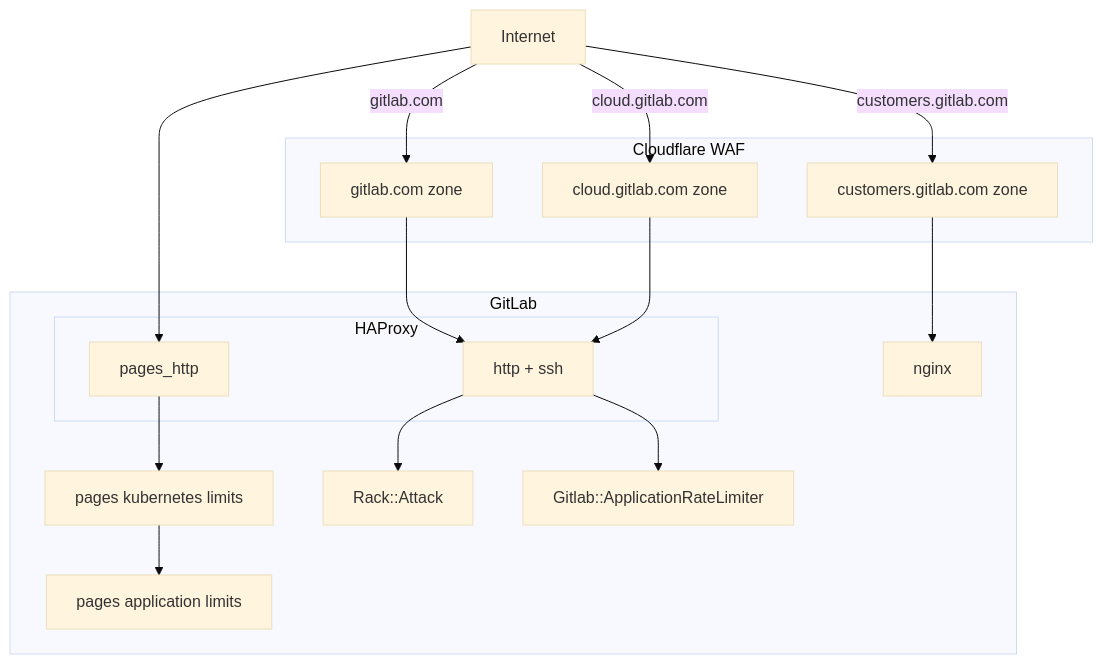
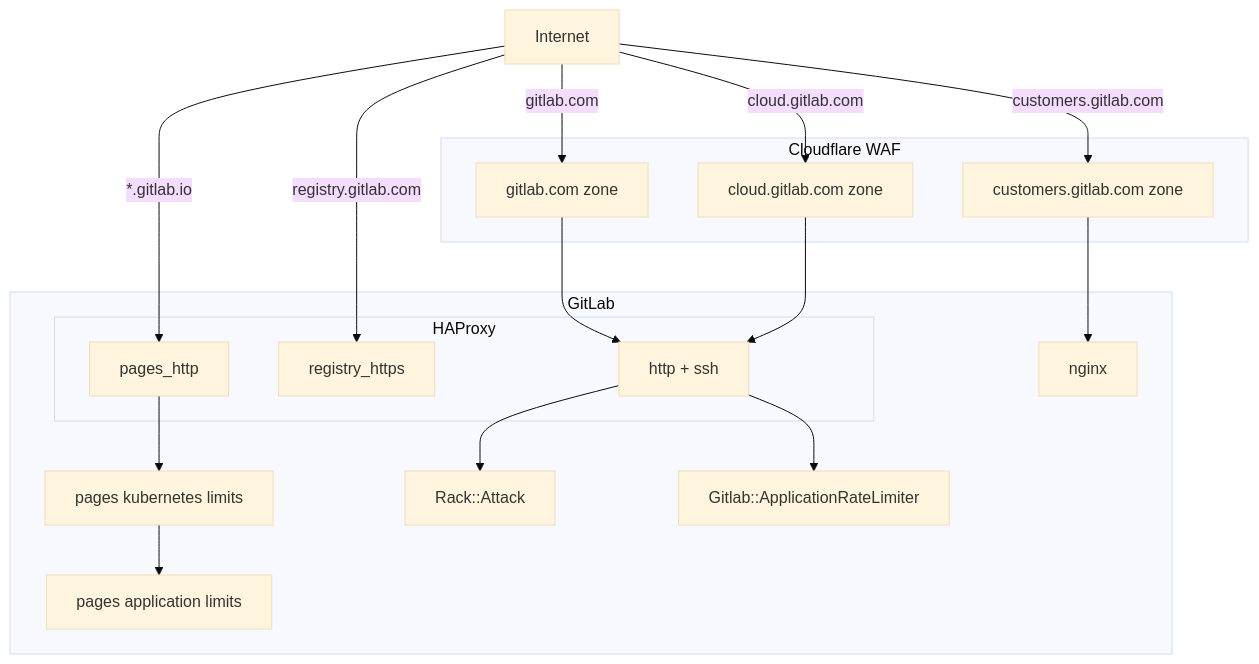
The diagram in content/handbook/engineering/infrastructure/rate-limiting/_index.md (secretstartups/handbook), drawn with Mermaid (base theme) before and after one commit. The commit also changed other lines of this file, not shown here.

Commit message:
Add docs on GitLab.com Registry rate limit

````diff
--- a/content/handbook/engineering/infrastructure/rate-limiting/_index.md
+++ b/content/handbook/engineering/infrastructure/rate-limiting/_index.md
@@ -20,30 +20,32 @@
 ```mermaid
 flowchart TD
     A[Internet]
     A -->|gitlab.com| D(Cloudflare WAF)
     A -->|cloud.gitlab.com| E
     A -->|customers.gitlab.com| F
     subgraph ide3 [Cloudflare WAF]
-    D[gitlab.com zone]
-    E[cloud.gitlab.com zone]
-    F[customers.gitlab.com zone]
+        D[gitlab.com zone]
+        E[cloud.gitlab.com zone]
+        F[customers.gitlab.com zone]
     end
-    A --> C
+    A -->|*.gitlab.io| C
+    A -->|registry.gitlab.com| N
     D --> G
     E --> G
     F --> H
     subgraph ide2 [GitLab]
-    subgraph ide1 [HAProxy]
-    C[pages_http]
-    G[http + ssh]
-    end
-    C --> K
-    H[nginx]
-    K[pages kubernetes limits]
-    K-->M[pages application limits]
-    I[Rack::Attack]
-    J[Gitlab::ApplicationRateLimiter]
+        subgraph ide1 [HAProxy]
+            C[pages_http]
+            N[registry_https]
+            G[http + ssh]
+        end
+        C --> K
+        H[nginx]
+        K[pages kubernetes limits]
+        K-->M[pages application limits]
+        I[Rack::Attack]
+        J[Gitlab::ApplicationRateLimiter]
     end
     G --> I
     G --> J
 ```
````
